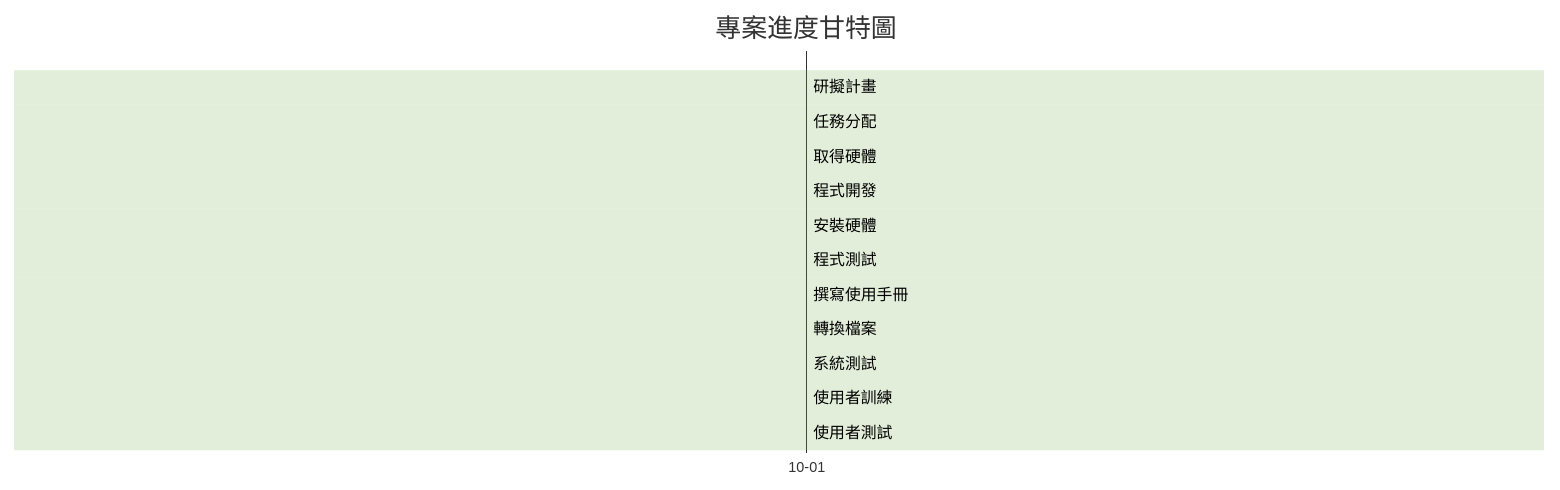
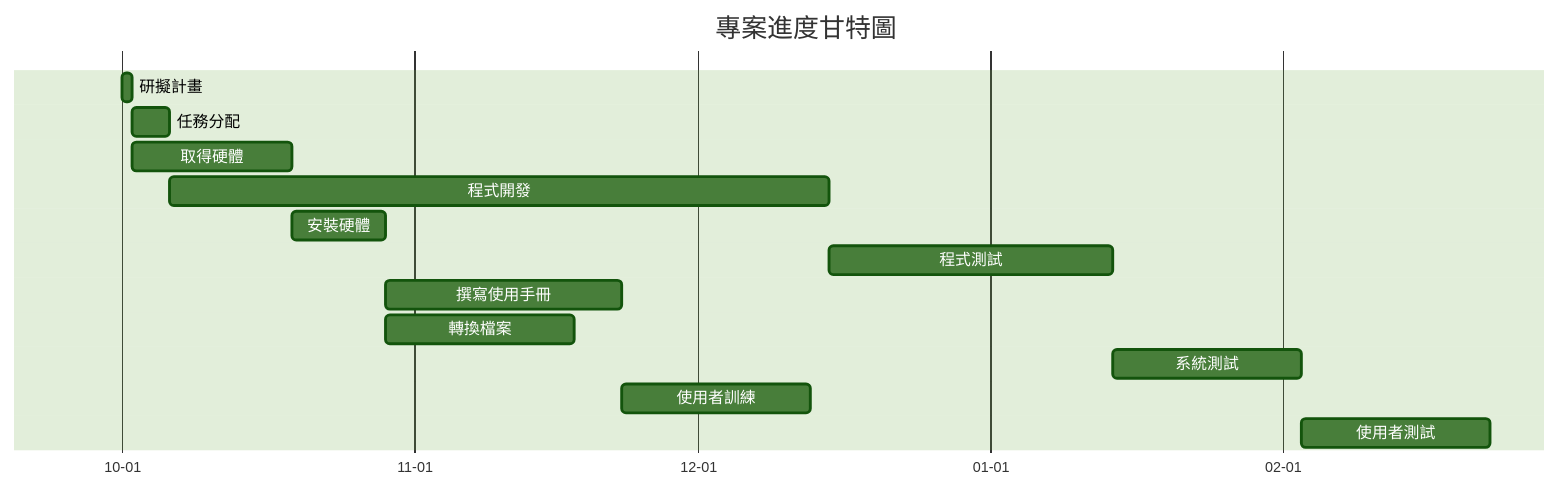
The first of 3 diagrams in hw2.md (C112118117/Markdown-), drawn with Mermaid (forest theme) before and after one commit.

````diff
--- a/hw2.md
+++ b/hw2.md
@@ -2,22 +2,22 @@
 ```mermaid
 gantt
     title 專案進度甘特圖
     dateFormat  YYYY-MM-DD
     axisFormat  %m-%d
 
     
-    研擬計畫         :a1, 2025-10-01, 1天
-    任務分配         :a2, after a1, 4天
-    取得硬體         :a3, after a1, 17天
-    程式開發         :a4, after a2, 70天
-    安裝硬體         :a5, after a3, 10天
-    程式測試         :a6, after a4, 30天
-    撰寫使用手冊      :a7, after a5, 25天
-    轉換檔案         :a8, after a5, 20天
-    系統測試         :a9, after a6, 20天
-    使用者訓練       :a10, after a7 after a8, 20天
-    使用者測試       :a11, after a9 after a10, 20天
+    研擬計畫         :a1, 2025-10-01, 1d
+    任務分配         :a2, after a1, 4d
+    取得硬體         :a3, after a1, 17d
+    程式開發         :a4, after a2, 70d
+    安裝硬體         :a5, after a3, 10d
+    程式測試         :a6, after a4, 30d
+    撰寫使用手冊      :a7, after a5, 25d
+    轉換檔案         :a8, after a5, 20d
+    系統測試         :a9, after a6, 20d
+    使用者訓練       :a10, after a7 after a8, 20d
+    使用者測試       :a11, after a9 after a10, 20d
 
    
     
 ```
````
